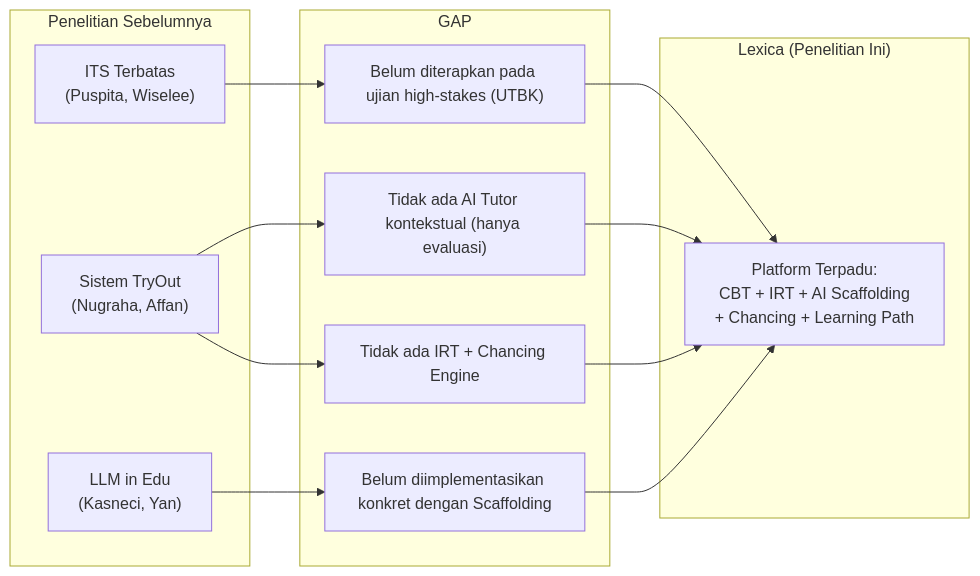
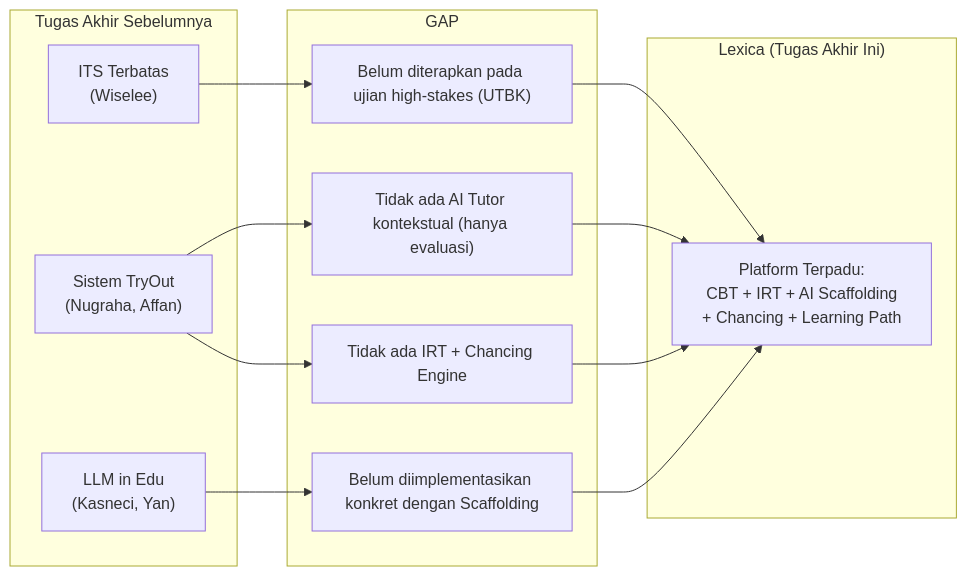
One commit to abdullahmaajid/skripsi2026 changed the diagram in docs/skripsi/relatedwork.md. Above: the diagram before and after it, drawn with Mermaid. The commit also changed other lines of this file and 37 other files, not shown here.

````diff
--- a/docs/skripsi/relatedwork.md
+++ b/docs/skripsi/relatedwork.md
@@ -61,28 +60,28 @@
 ```mermaid
 graph LR
-    subgraph "Penelitian Sebelumnya"
-        A["ITS Terbatas<br/>(Puspita, Wiselee)"]
+    subgraph "Tugas Akhir Sebelumnya"
+        A["ITS Terbatas<br/>(Wiselee)"]
         B["Sistem TryOut<br/>(Nugraha, Affan)"]
         C["LLM in Edu<br/>(Kasneci, Yan)"]
     end
 
     subgraph "GAP"
         G1["Belum diterapkan pada ujian high-stakes (UTBK)"]
         G2["Tidak ada AI Tutor kontekstual (hanya evaluasi)"]
         G3["Belum diimplementasikan konkret dengan Scaffolding"]
         G4["Tidak ada IRT + Chancing Engine"]
     end
 
-    subgraph "Lexica (Penelitian Ini)"
+    subgraph "Lexica (Tugas Akhir Ini)"
         L["Platform Terpadu:<br/>CBT + IRT + AI Scaffolding<br/>+ Chancing + Learning Path"]
     end
 
     A --> G1
     B --> G2
     B --> G4
     C --> G3
     G1 --> L
     G2 --> L
     G3 --> L
     G4 --> L
 ```
````
